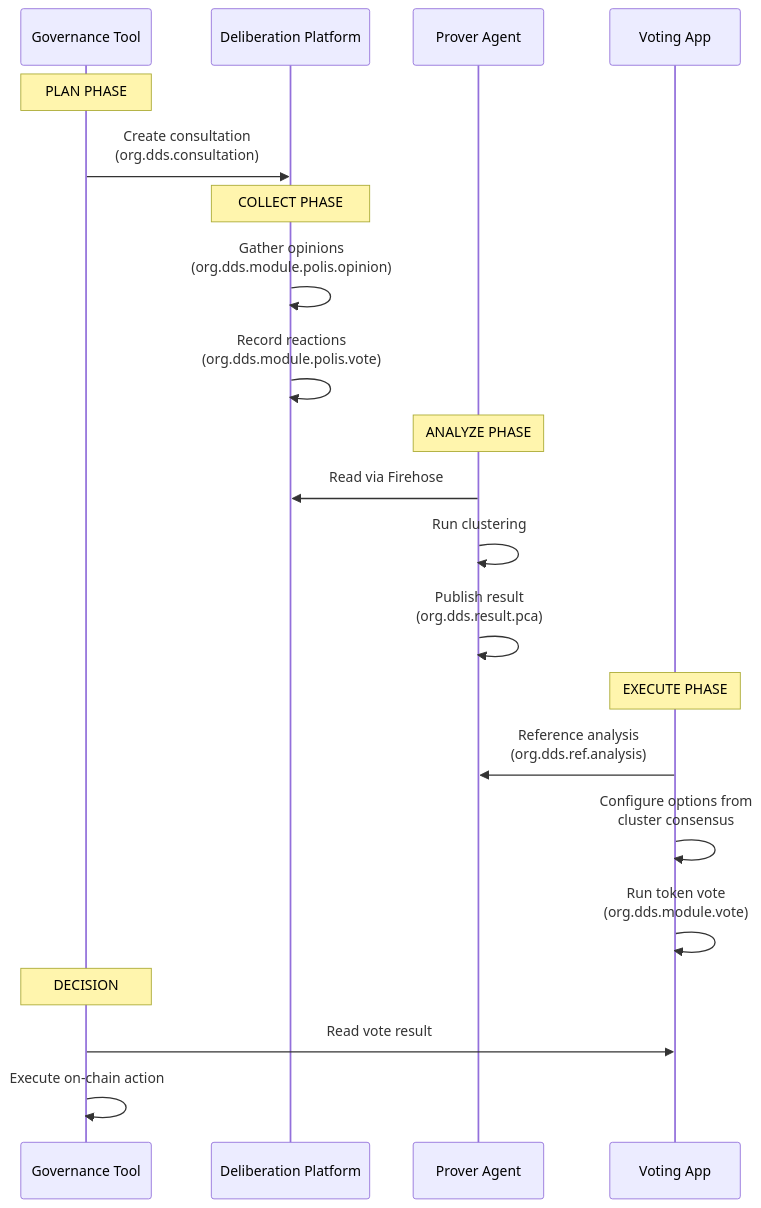
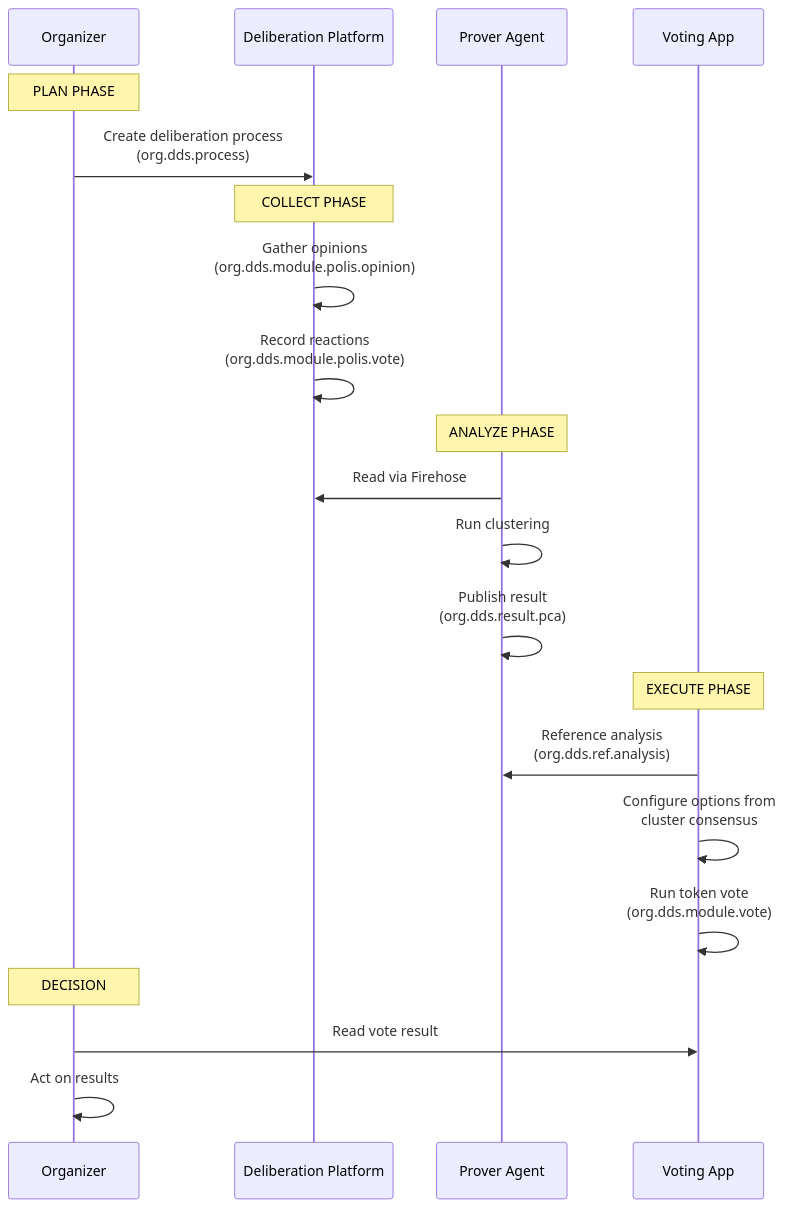
Before and after one commit to zkorum/agora: the fourth of 4 diagrams in doc/decentralized-protocol/0013-agora-atproto-walkaway.md, drawn with Mermaid. The commit also changed other lines of this file, not shown here.

Commit message:
docs(protocol): broaden RFC 0013 from consultation to deliberation
Shift language throughout Section 6 (Autonomy vs Interoperability) from
governance-only "consultation" framing to one that covers the full
spectrum of collective decision-making:

- Formal top-down governance (participatory budgeting, DAO treasury)
- Community self-organization (open-source roadmaps, co-ops)
- Bottom-up movements (protest energy → concrete proposals)

Changes:
- Abstract: "public consultation" → "public deliberation"
- Add framing paragraph in Section 6.1 describing the three contexts
- Plan phase: "design the consultation" → "design the deliberation
  process" with multi-step examples
- Example Apps: broaden beyond governance tools
- Sequence diagram: Gov/Governance Tool → Org/Organizer,
  org.dds.consultation → org.dds.process,
  "Execute on-chain action" → "Act on results"
- Context Import pattern: consultation → process

Deploy: none

````diff
--- a/doc/decentralized-protocol/0013-agora-atproto-walkaway.md
+++ b/doc/decentralized-protocol/0013-agora-atproto-walkaway.md
@@ -269,28 +271,28 @@
 ```mermaid
 sequenceDiagram
-    participant Gov as Governance Tool
+    participant Org as Organizer
     participant Delib as Deliberation Platform
     participant Prover as Prover Agent
     participant Vote as Voting App
 
-    Note over Gov: PLAN PHASE
-    Gov->>Delib: Create consultation<br/>(org.dds.consultation)
+    Note over Org: PLAN PHASE
+    Org->>Delib: Create deliberation process<br/>(org.dds.process)
 
     Note over Delib: COLLECT PHASE
     Delib->>Delib: Gather opinions<br/>(org.dds.module.polis.opinion)
     Delib->>Delib: Record reactions<br/>(org.dds.module.polis.vote)
 
     Note over Prover: ANALYZE PHASE
     Prover->>Delib: Read via Firehose
     Prover->>Prover: Run clustering
     Prover->>Prover: Publish result<br/>(org.dds.result.pca)
 
     Note over Vote: EXECUTE PHASE
     Vote->>Prover: Reference analysis<br/>(org.dds.ref.analysis)
     Vote->>Vote: Configure options from<br/>cluster consensus
     Vote->>Vote: Run token vote<br/>(org.dds.module.vote)
 
-    Note over Gov: DECISION
-    Gov->>Vote: Read vote result
-    Gov->>Gov: Execute on-chain action
+    Note over Org: DECISION
+    Org->>Vote: Read vote result
+    Org->>Org: Act on results
 ```
````
